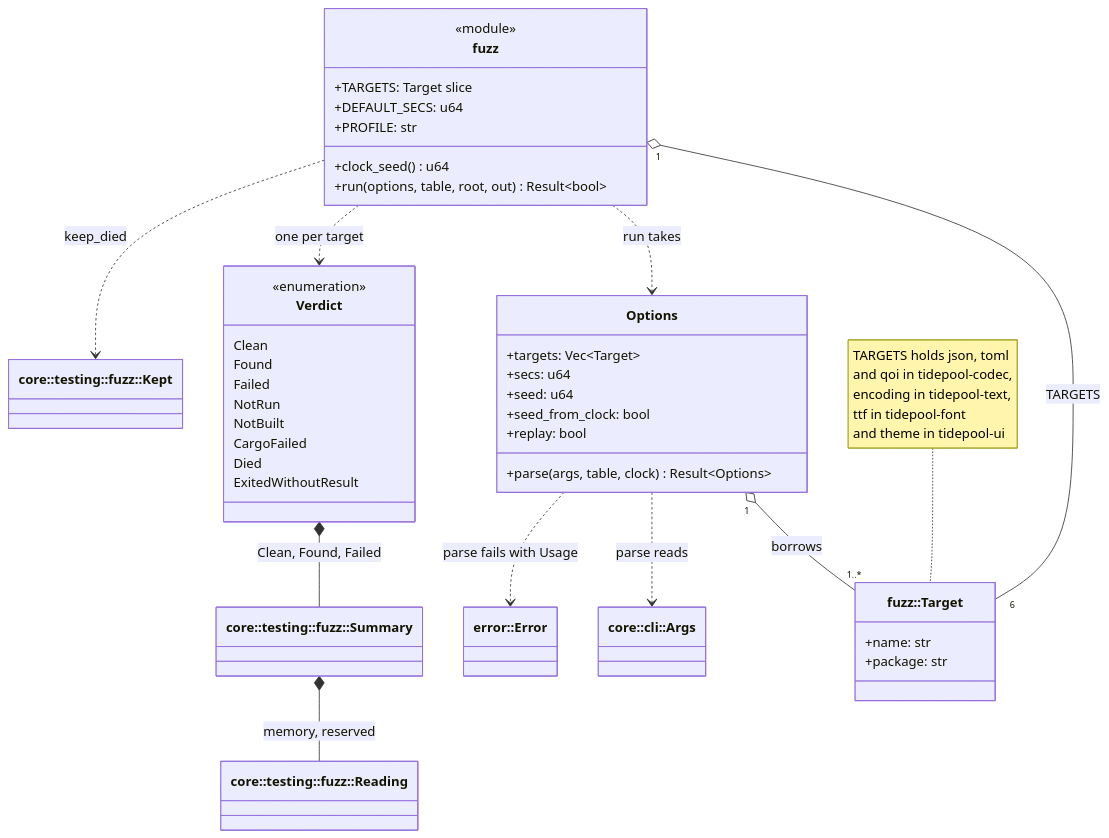
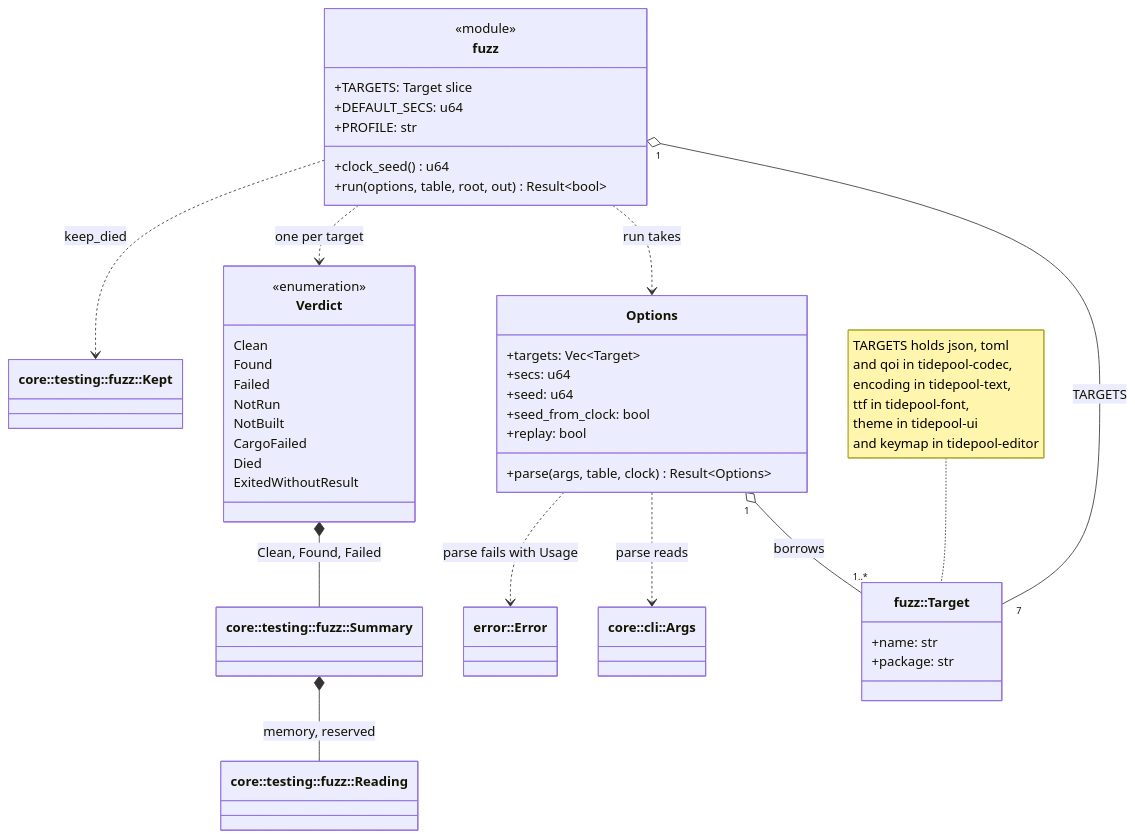
One commit to jabbott-iii/Tidepool changed diagram 28 of 54 in diagrams/class-diagrams.md. Above: the diagram before and after it, drawn with Mermaid. The commit also changed other lines of this file and 41 other files, not shown here.

````diff
--- a/diagrams/class-diagrams.md
+++ b/diagrams/class-diagrams.md
@@ -2156,50 +2158,50 @@
 ```mermaid
 classDiagram
     direction TB
     class SmokeFns["fuzz"] {
         <<module>>
         +TARGETS: Target slice
         +DEFAULT_SECS: u64
         +PROFILE: str
         +clock_seed() u64
         +run(options, table, root, out) Result~bool~
     }
     class SmokeTarget["fuzz::Target"] {
         +name: str
         +package: str
     }
     class Options {
         +targets: Vec~Target~
         +secs: u64
         +seed: u64
         +seed_from_clock: bool
         +replay: bool
         +parse(args, table, clock) Result~Options~
     }
     class Verdict {
         <<enumeration>>
         Clean
         Found
         Failed
         NotRun
         NotBuilt
         CargoFailed
         Died
         ExitedWithoutResult
     }
     class Args["core::cli::Args"]
     class Summary["core::testing::fuzz::Summary"]
     class Reading["core::testing::fuzz::Reading"]
     class Kept["core::testing::fuzz::Kept"]
     class XtaskError["error::Error"]
-    SmokeFns "1" o-- "6" SmokeTarget : TARGETS
+    SmokeFns "1" o-- "7" SmokeTarget : TARGETS
     Options "1" o-- "1..*" SmokeTarget : borrows
     Options ..> Args : parse reads
     Options ..> XtaskError : parse fails with Usage
     SmokeFns ..> Options : run takes
     SmokeFns ..> Verdict : one per target
     Verdict *-- Summary : Clean, Found, Failed
     Summary *-- Reading : memory, reserved
     SmokeFns ..> Kept : keep_died
-    note for SmokeTarget "TARGETS holds json, toml<br/>and qoi in tidepool-codec,<br/>encoding in tidepool-text,<br/>ttf in tidepool-font<br/>and theme in tidepool-ui"
+    note for SmokeTarget "TARGETS holds json, toml<br/>and qoi in tidepool-codec,<br/>encoding in tidepool-text,<br/>ttf in tidepool-font,<br/>theme in tidepool-ui<br/>and keymap in tidepool-editor"
 ```
````
